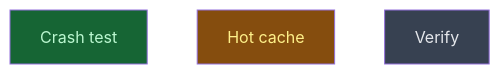
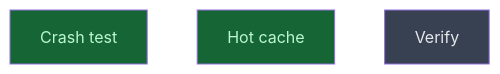
One commit to CrackingShells/cracking-shells-playbook changed the diagram in __roadmap__/m1-core-foundation/settle/build/codec/store/harden/README.md. Above: the diagram before and after it, drawn with Mermaid. The commit also changed other lines of this file and 1 other file, not shown here.

First line of the commit message:
chore(roadmap): close the m1 hot cache

````diff
--- a/__roadmap__/m1-core-foundation/settle/build/codec/store/harden/README.md
+++ b/__roadmap__/m1-core-foundation/settle/build/codec/store/harden/README.md
@@ -18,11 +18,11 @@
 ```mermaid
 graph TD
     crash_test[Crash test]:::done
-    hot_cache[Hot cache]:::inprogress
+    hot_cache[Hot cache]:::done
     verify[Verify]:::planned
     classDef done       fill:#166534,color:#bbf7d0
     classDef inprogress fill:#854d0e,color:#fef08a
     classDef planned    fill:#374151,color:#e5e7eb
     classDef amendment  fill:#1e3a5f,color:#bfdbfe
     classDef blocked    fill:#7f1d1d,color:#fecaca
 ```
````
